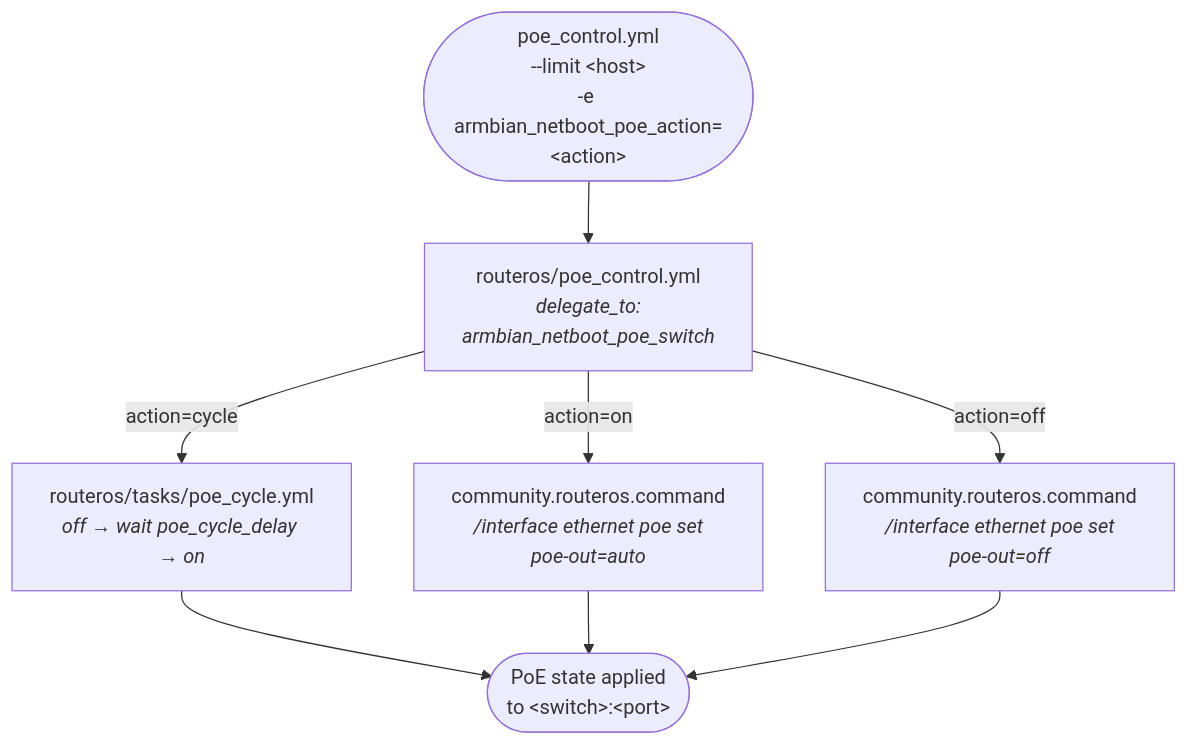
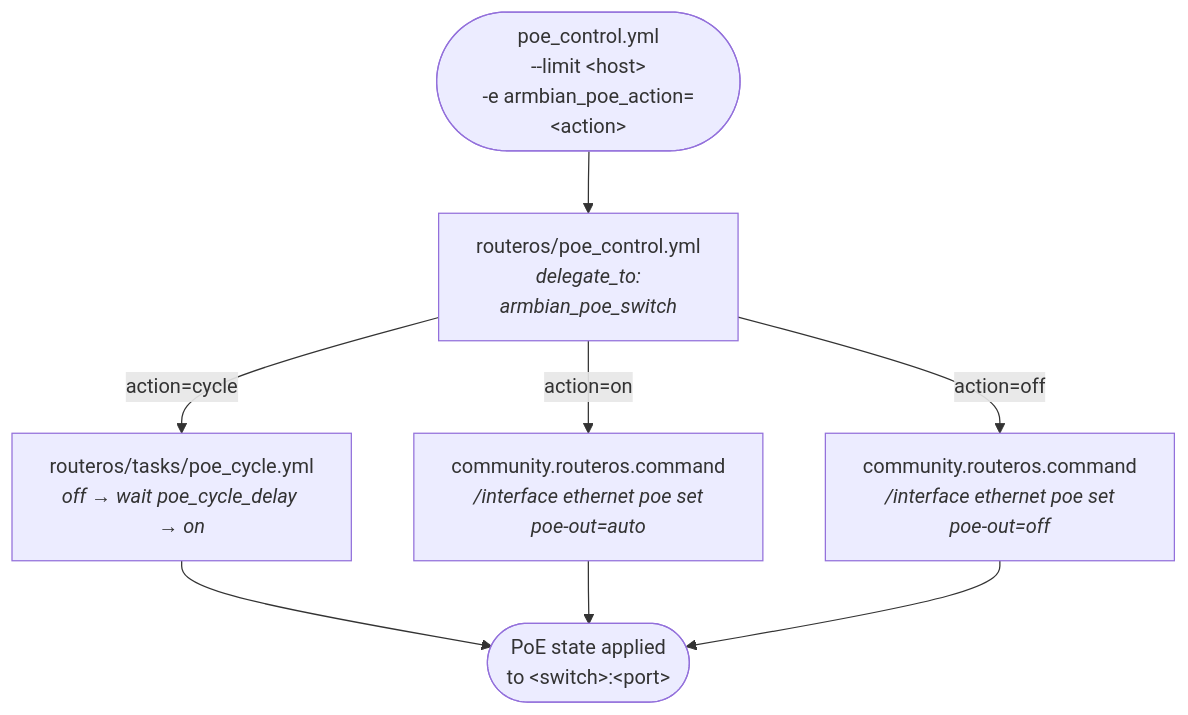
The fifth of 6 diagrams in README.md (david-igou/ansible-collection-armbian), drawn with Mermaid before and after one commit. The commit also changed other lines of this file and 128 other files, not shown here.

First line of the commit message:
refactor!: rename collection from armbian_netboot to armbian (#106)

````diff
--- a/README.md
+++ b/README.md
@@ -561,17 +561,17 @@
 ```mermaid
 flowchart TB
-    START(["poe_control.yml<br/>--limit &lt;host&gt;<br/>-e armbian_netboot_poe_action=&lt;action&gt;"])
-    HOOK["routeros/poe_control.yml<br/><i>delegate_to:<br/>armbian_netboot_poe_switch</i>"]
+    START(["poe_control.yml<br/>--limit &lt;host&gt;<br/>-e armbian_poe_action=&lt;action&gt;"])
+    HOOK["routeros/poe_control.yml<br/><i>delegate_to:<br/>armbian_poe_switch</i>"]
     CYCLE["routeros/tasks/poe_cycle.yml<br/><i>off → wait poe_cycle_delay → on</i>"]
     SETON["community.routeros.command<br/><i>/interface ethernet poe set<br/>poe-out=auto</i>"]
     SETOFF["community.routeros.command<br/><i>/interface ethernet poe set<br/>poe-out=off</i>"]
     END(["PoE state applied<br/>to &lt;switch&gt;:&lt;port&gt;"])
 
     START --> HOOK
     HOOK -- "action=cycle" --> CYCLE
     HOOK -- "action=on" --> SETON
     HOOK -- "action=off" --> SETOFF
     CYCLE --> END
     SETON --> END
     SETOFF --> END
 ```
````
